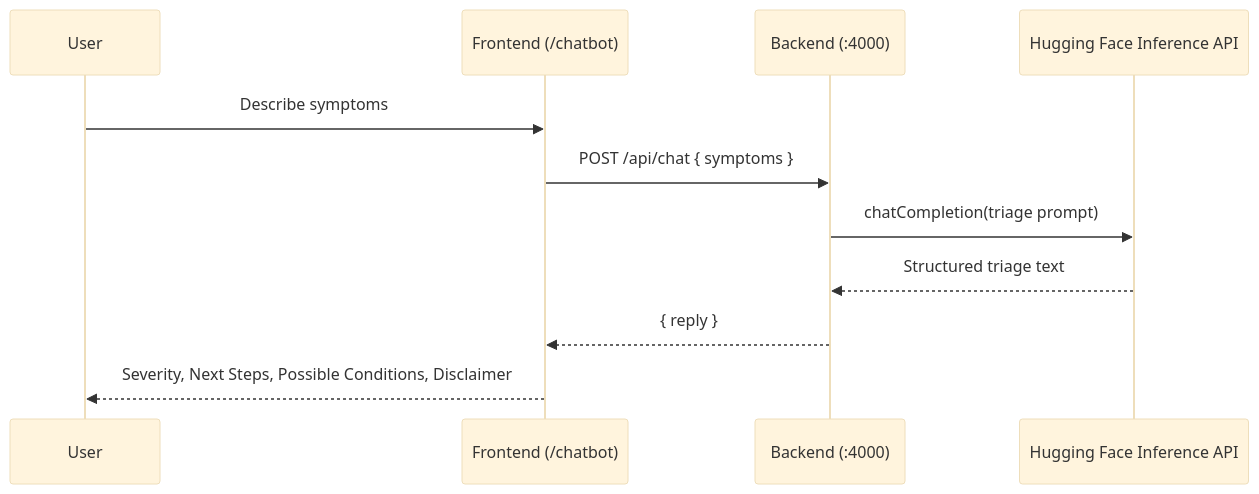
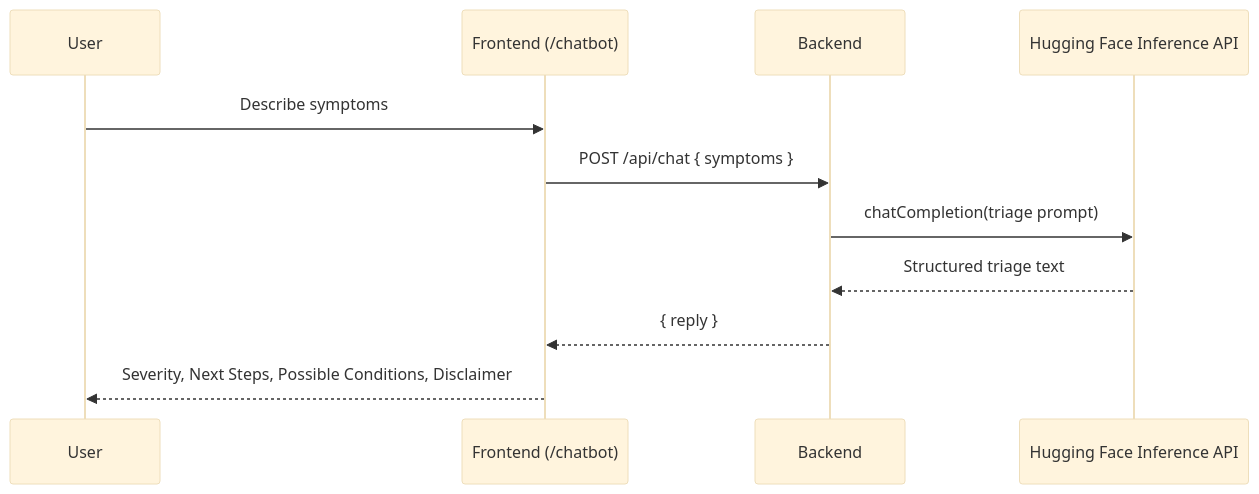
The second of 5 diagrams in README.md (coffeecookey/mediMate), drawn with Mermaid (base theme) before and after one commit. The commit also changed other lines of this file, not shown here.

````diff
--- a/README.md
+++ b/README.md
@@ -132,14 +137,14 @@
 ```mermaid
 sequenceDiagram
     participant U as User
     participant FE as Frontend (/chatbot)
-    participant API as Backend (:4000)
+    participant API as Backend
     participant G as Hugging Face Inference API
 
     U->>FE: Describe symptoms
     FE->>API: POST /api/chat { symptoms }
     API->>G: chatCompletion(triage prompt)
     G-->>API: Structured triage text
     API-->>FE: { reply }
     FE-->>U: Severity, Next Steps, Possible Conditions, Disclaimer
 ```
````
